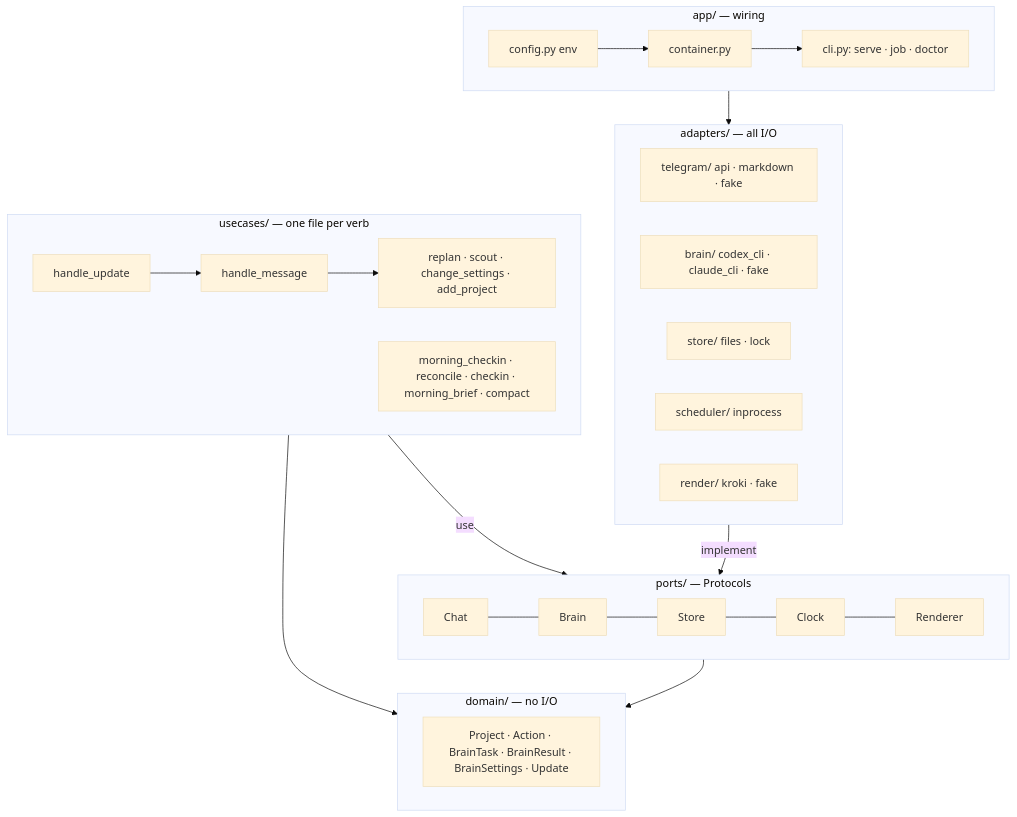
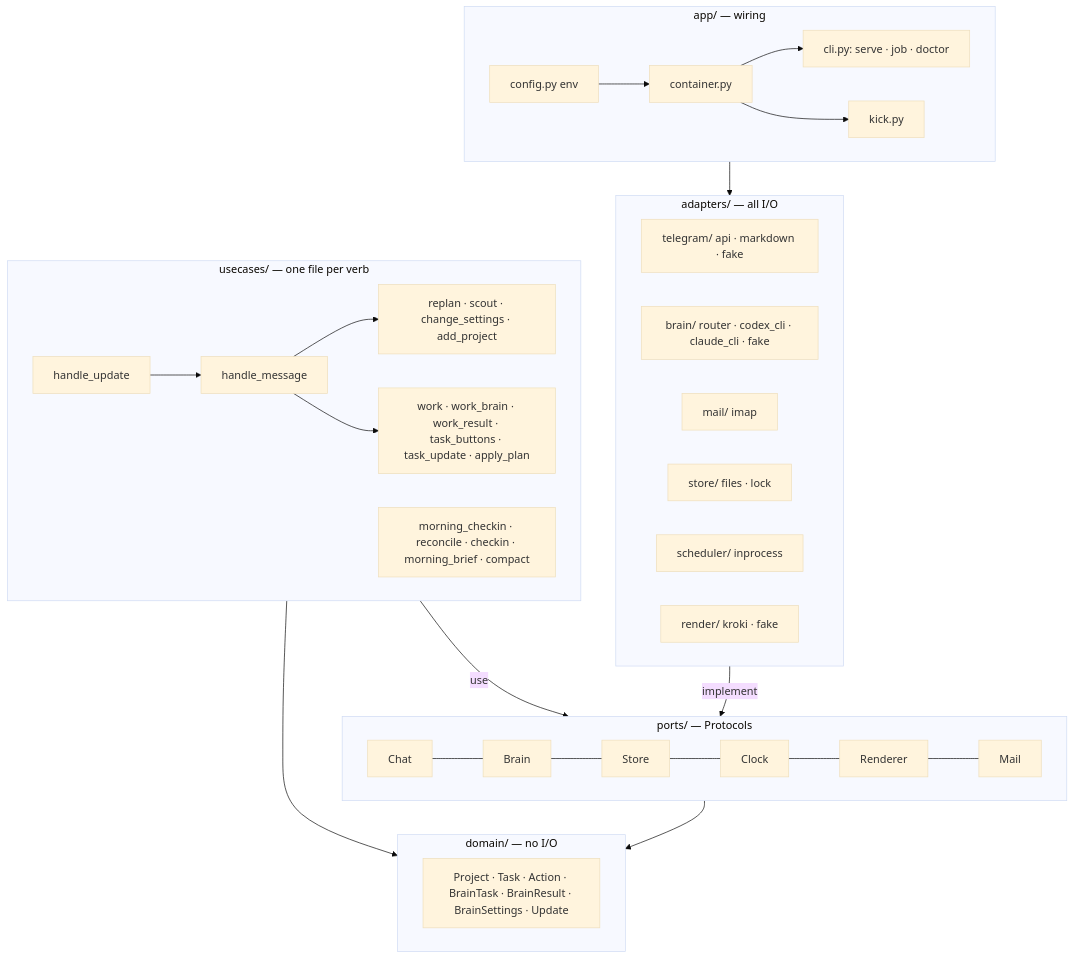
Before and after one commit to vovka/mentor-bot: the third of 19 diagrams in docs/ARCHITECTURE.md, drawn with Mermaid (base theme). The commit also changed other lines of this file and 8 other files, not shown here.

````diff
--- a/docs/ARCHITECTURE.md
+++ b/docs/ARCHITECTURE.md
@@ -40,28 +41,32 @@
 ```mermaid
 flowchart TB
   subgraph app["app/ — wiring"]
     CFG[config.py env] --> CT[container.py] --> CLIa["cli.py: serve · job · doctor"]
+    CT --> KK[kick.py]
   end
   subgraph adapters["adapters/ — all I/O"]
     TG[telegram/ api · markdown · fake]
-    BR[brain/ codex_cli · claude_cli · fake]
+    BR[brain/ router · codex_cli · claude_cli · fake]
+    MAIL[mail/ imap]
     STO[store/ files · lock]
     SCH[scheduler/ inprocess]
     RND[render/ kroki · fake]
   end
   subgraph ports["ports/ — Protocols"]
-    PC[Chat] --- PB[Brain] --- PS[Store] --- PK[Clock] --- PR[Renderer]
+    PC[Chat] --- PB[Brain] --- PS[Store] --- PK[Clock] --- PR[Renderer] --- PM[Mail]
   end
   subgraph usecases["usecases/ — one file per verb"]
     U1[handle_update] --> U2[handle_message]
     U2 --> U4[replan · scout · change_settings · add_project]
     U3[morning_checkin · reconcile · checkin · morning_brief · compact]
+    U5[work · work_brain · work_result · task_buttons · task_update · apply_plan]
+    U2 --> U5
   end
   subgraph domain["domain/ — no I/O"]
-    D[Project · Action · BrainTask · BrainResult · BrainSettings · Update]
+    D[Project · Task · Action · BrainTask · BrainResult · BrainSettings · Update]
   end
   app --> adapters
   adapters -- implement --> ports
   usecases -- use --> ports
   usecases & ports --> domain
 ```
````
